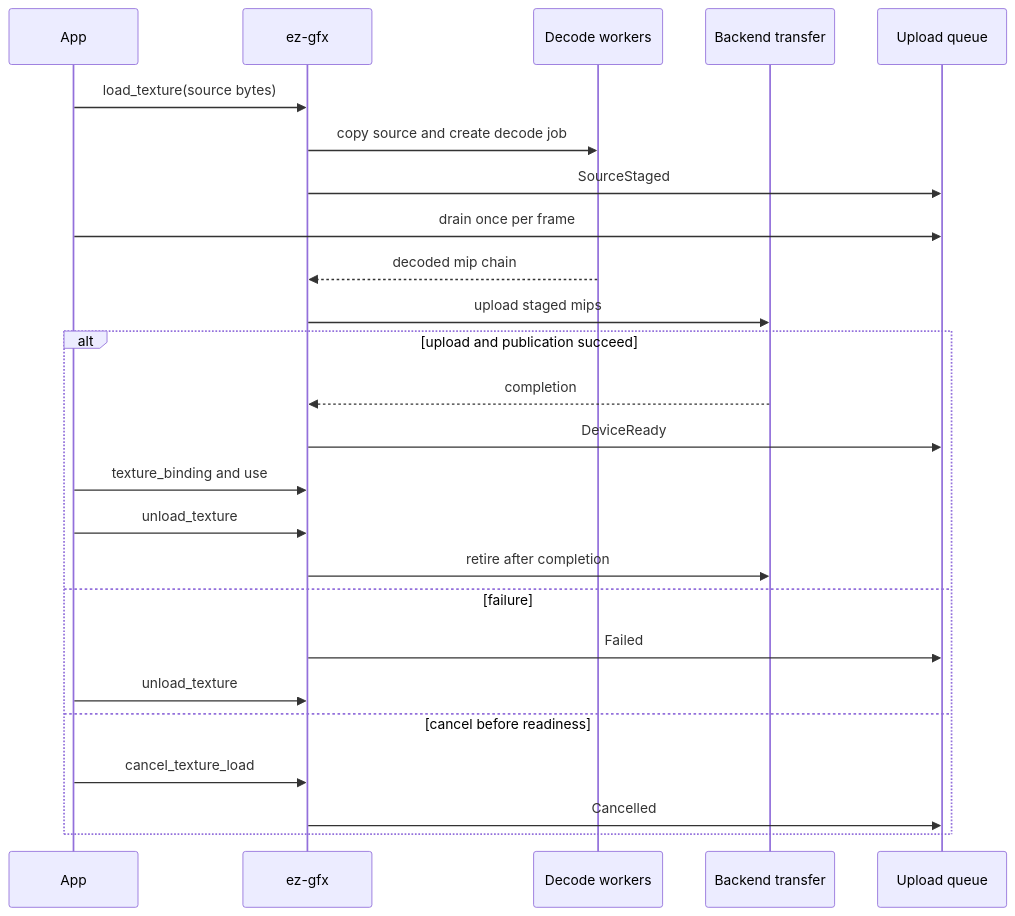
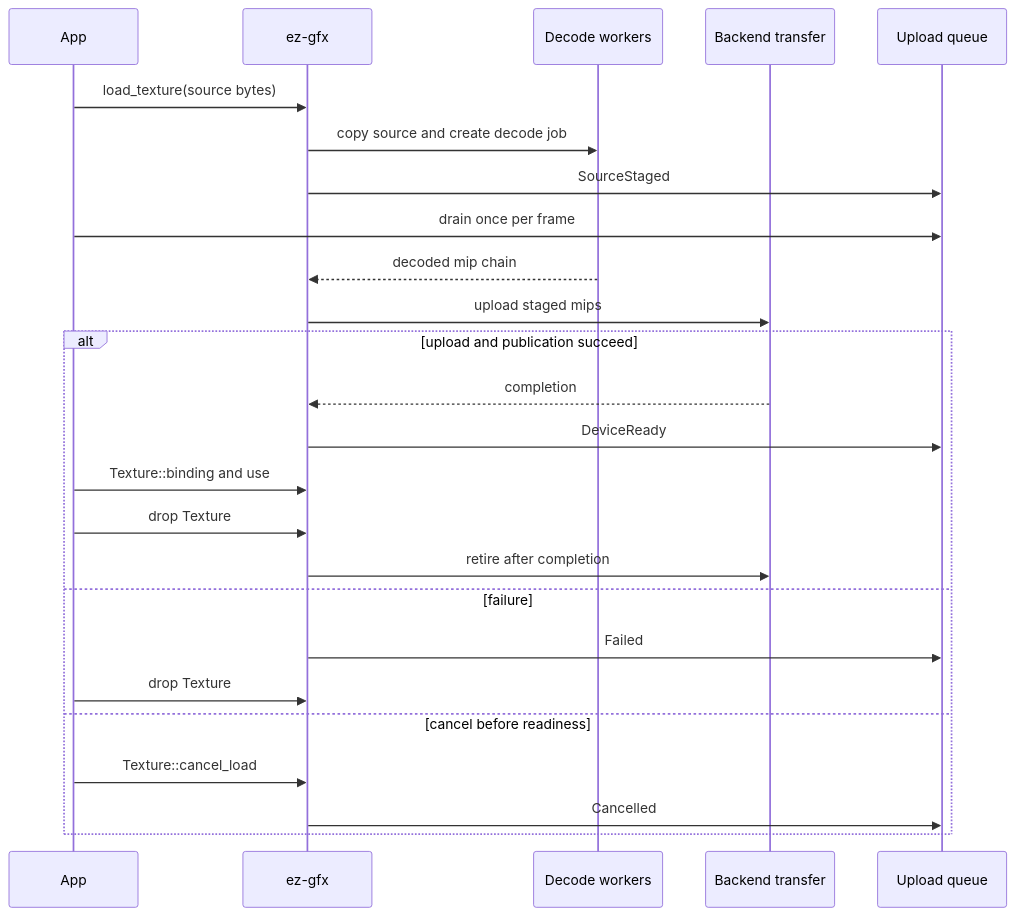
The diagram in docs/textures.md (jkelin/ez_gfx_api2), drawn with Mermaid before and after one commit. The commit also changed other lines of this file and 64 other files, not shown here.

````diff
--- a/docs/textures.md
+++ b/docs/textures.md
@@ -20,27 +20,27 @@
 ```mermaid
 sequenceDiagram
     participant App
     participant Gfx as ez-gfx
     participant CPU as Decode workers
     participant GPU as Backend transfer
     participant Queue as Upload queue
     App->>Gfx: load_texture(source bytes)
     Gfx->>CPU: copy source and create decode job
     Gfx->>Queue: SourceStaged
     App->>Queue: drain once per frame
     CPU-->>Gfx: decoded mip chain
     Gfx->>GPU: upload staged mips
     alt upload and publication succeed
         GPU-->>Gfx: completion
         Gfx->>Queue: DeviceReady
-        App->>Gfx: texture_binding and use
-        App->>Gfx: unload_texture
+        App->>Gfx: Texture::binding and use
+        App->>Gfx: drop Texture
         Gfx->>GPU: retire after completion
     else failure
         Gfx->>Queue: Failed
-        App->>Gfx: unload_texture
+        App->>Gfx: drop Texture
     else cancel before readiness
-        App->>Gfx: cancel_texture_load
+        App->>Gfx: Texture::cancel_load
         Gfx->>Queue: Cancelled
     end
 ```
````
